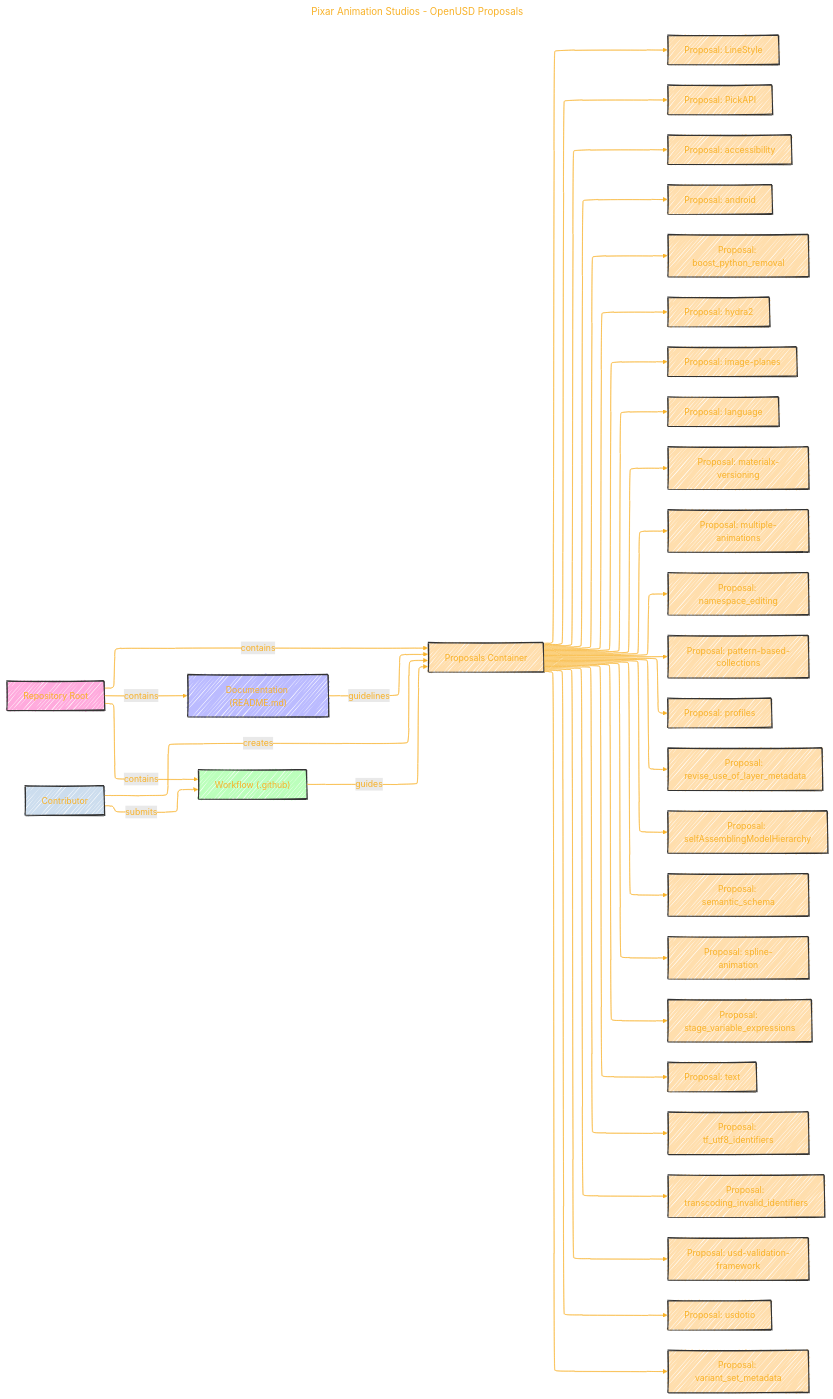
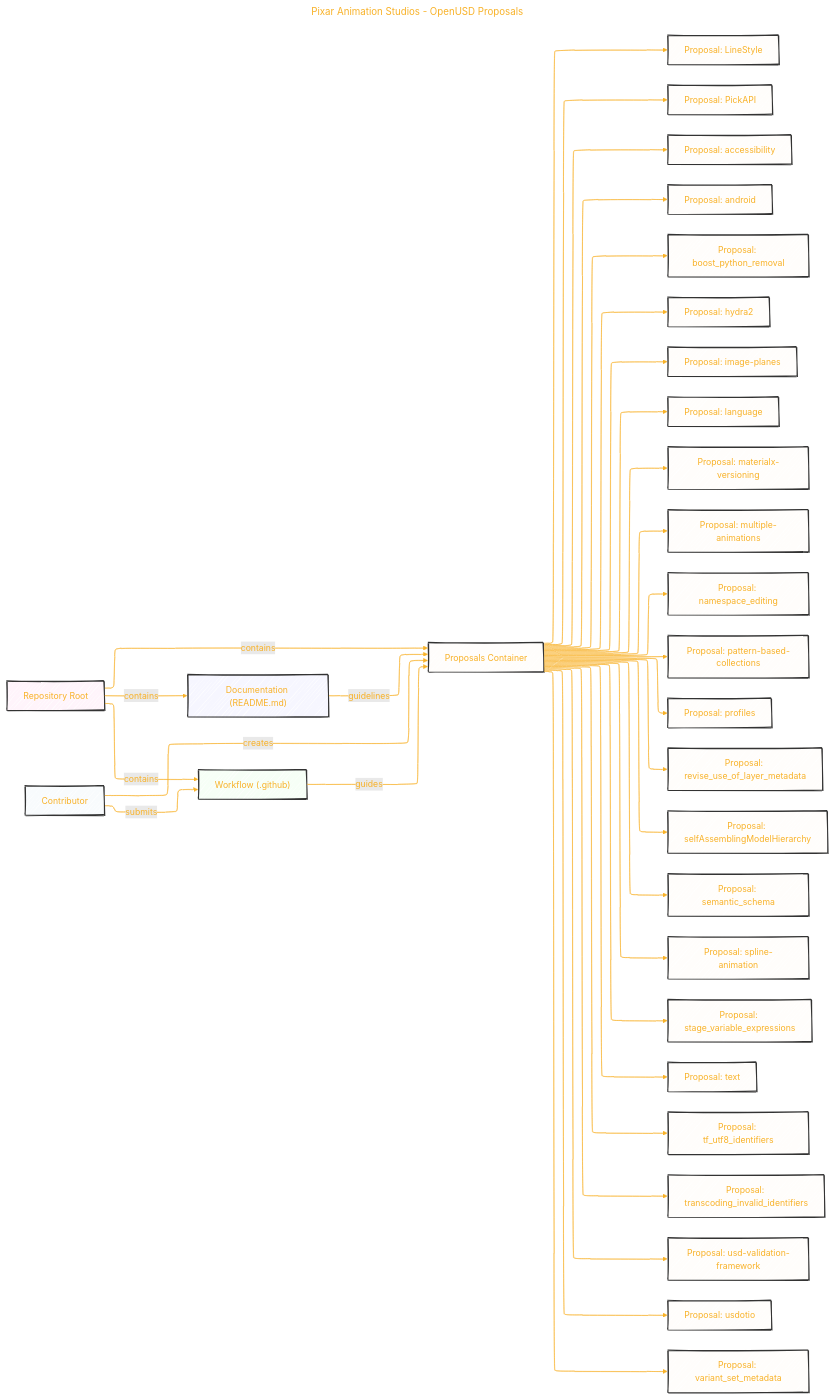
Before and after one commit to CongLeSolutionX/ArchExplorer: the diagram in PixarAnimationStudios/OpenUSD-proposals.md, drawn with Mermaid.

````diff
--- a/PixarAnimationStudios/OpenUSD-proposals.md
+++ b/PixarAnimationStudios/OpenUSD-proposals.md
@@ -158,10 +158,10 @@
     click VS "https://github.com/pixaranimationstudios/openusd-proposals/tree/main/proposals/variant_set_metadata"
 
     %% Styles
-    classDef repo fill:#FAD,stroke:#333,stroke-width:2px;
-    classDef doc fill:#BBF,stroke:#333,stroke-width:2px;
-    classDef workflow fill:#BFB,stroke:#333,stroke-width:2px;
-    classDef proposal fill:#FFDEAD,stroke:#333,stroke-width:2px;
-    classDef contributor fill:#CDE,stroke:#333,stroke-width:2px
+    classDef repo fill:#FAD2,stroke:#333,stroke-width:2px;
+    classDef doc fill:#BBF2,stroke:#333,stroke-width:2px;
+    classDef workflow fill:#BFB2,stroke:#333,stroke-width:2px;
+    classDef proposal fill:#FED2,stroke:#333,stroke-width:2px;
+    classDef contributor fill:#CDE2,stroke:#333,stroke-width:2px
 
 ```
````
